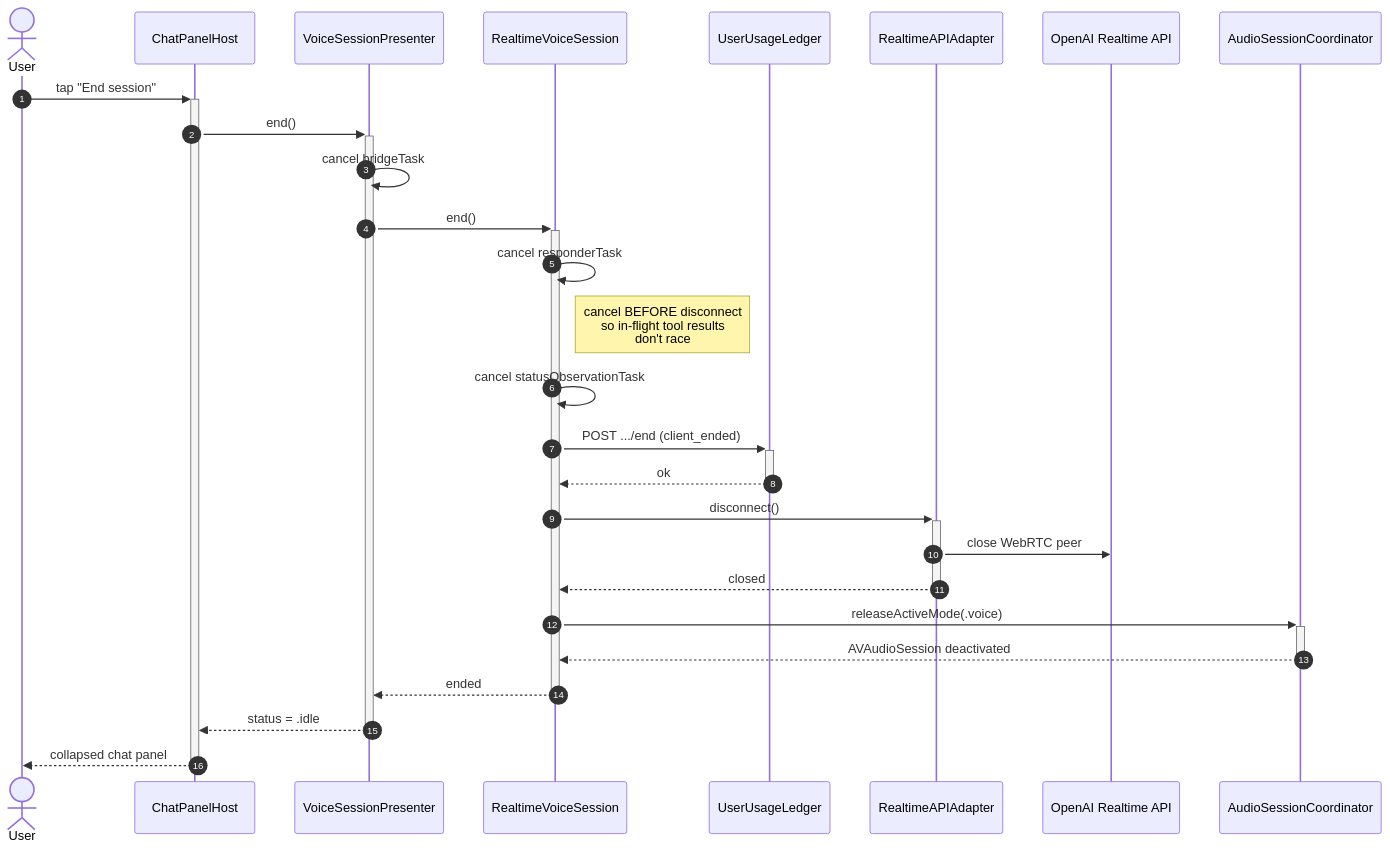
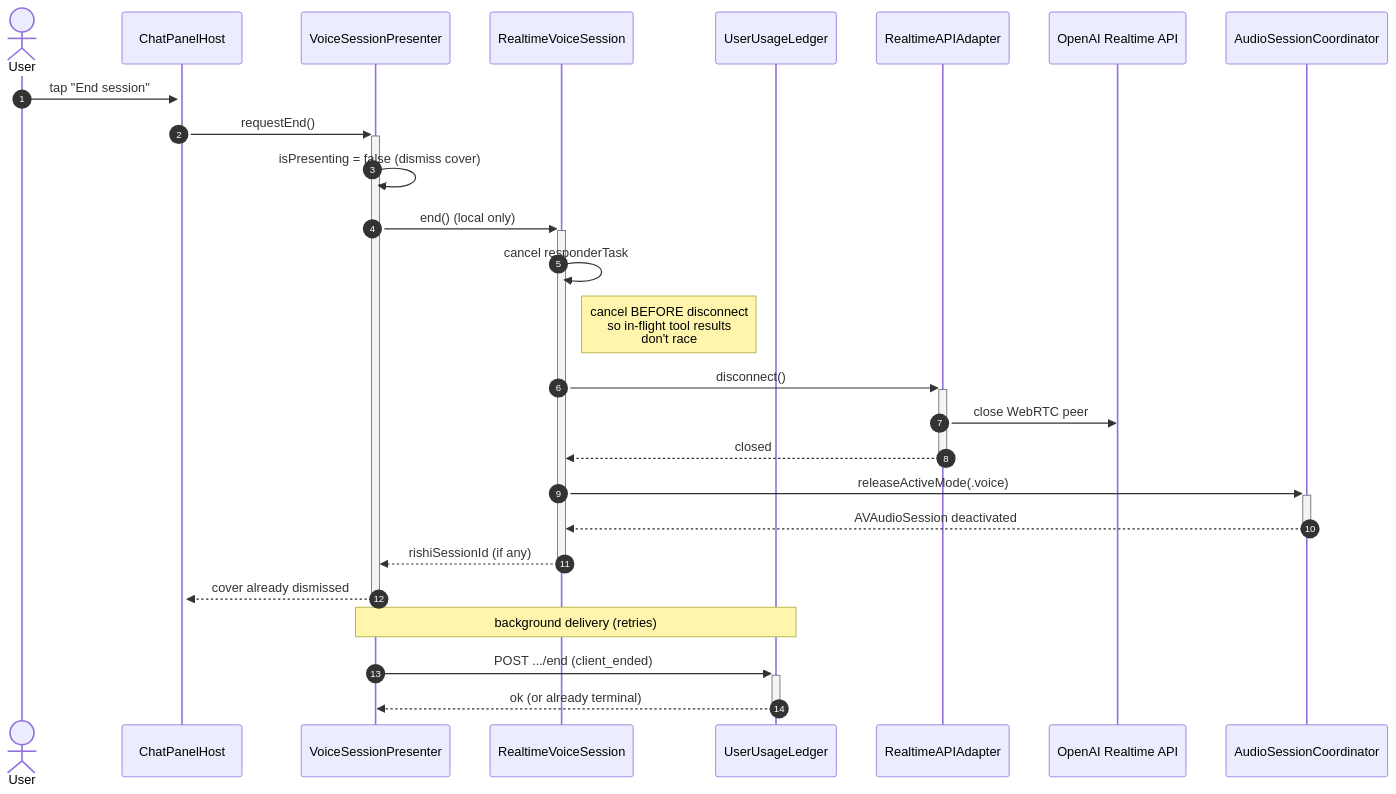
The fifth of 5 diagrams in apps/apple/docs/VOICE-CHAT-PIPELINE.md (matovu-farid/rishi-monorepo), drawn with Mermaid before and after one commit. The commit also changed other lines of this file and 10 other files, not shown here.

First line of the commit message:
feat(voice): optimistic End with background hangup delivery

````diff
--- a/apps/apple/docs/VOICE-CHAT-PIPELINE.md
+++ b/apps/apple/docs/VOICE-CHAT-PIPELINE.md
@@ -180,34 +182,29 @@
 ```mermaid
 sequenceDiagram
     autonumber
     actor User
     participant View as ChatPanelHost
     participant Pres as VoiceSessionPresenter
     participant Sess as RealtimeVoiceSession
     participant Ledger as UserUsageLedger
     participant SDK as RealtimeAPIAdapter
     participant API as OpenAI Realtime API
     participant Audio as AudioSessionCoordinator
 
     User->>+View: tap "End session"
-    View->>+Pres: end()
-    Pres->>Pres: cancel bridgeTask
-    Pres->>+Sess: end()
-
+    View->>+Pres: requestEnd()
+    Pres->>Pres: isPresenting = false (dismiss cover)
+    Pres->>+Sess: end() (local only)
     Sess->>Sess: cancel responderTask
     Note right of Sess: cancel BEFORE disconnect<br/>so in-flight tool results<br/>don't race
-    Sess->>Sess: cancel statusObservationTask
-    Sess->>+Ledger: POST .../end (client_ended)
-    Ledger-->>-Sess: ok
-
     Sess->>+SDK: disconnect()
     SDK->>API: close WebRTC peer
     SDK-->>-Sess: closed
-
     Sess->>+Audio: releaseActiveMode(.voice)
     Audio-->>-Sess: AVAudioSession deactivated
-
-    Sess-->>-Pres: ended
-    Pres-->>-View: status = .idle
-    View-->>-User: collapsed chat panel
+    Sess-->>-Pres: rishiSessionId (if any)
+    Pres-->>-View: cover already dismissed
+    Note over Pres,Ledger: background delivery (retries)
+    Pres->>+Ledger: POST .../end (client_ended)
+    Ledger-->>-Pres: ok (or already terminal)
 ```
````
